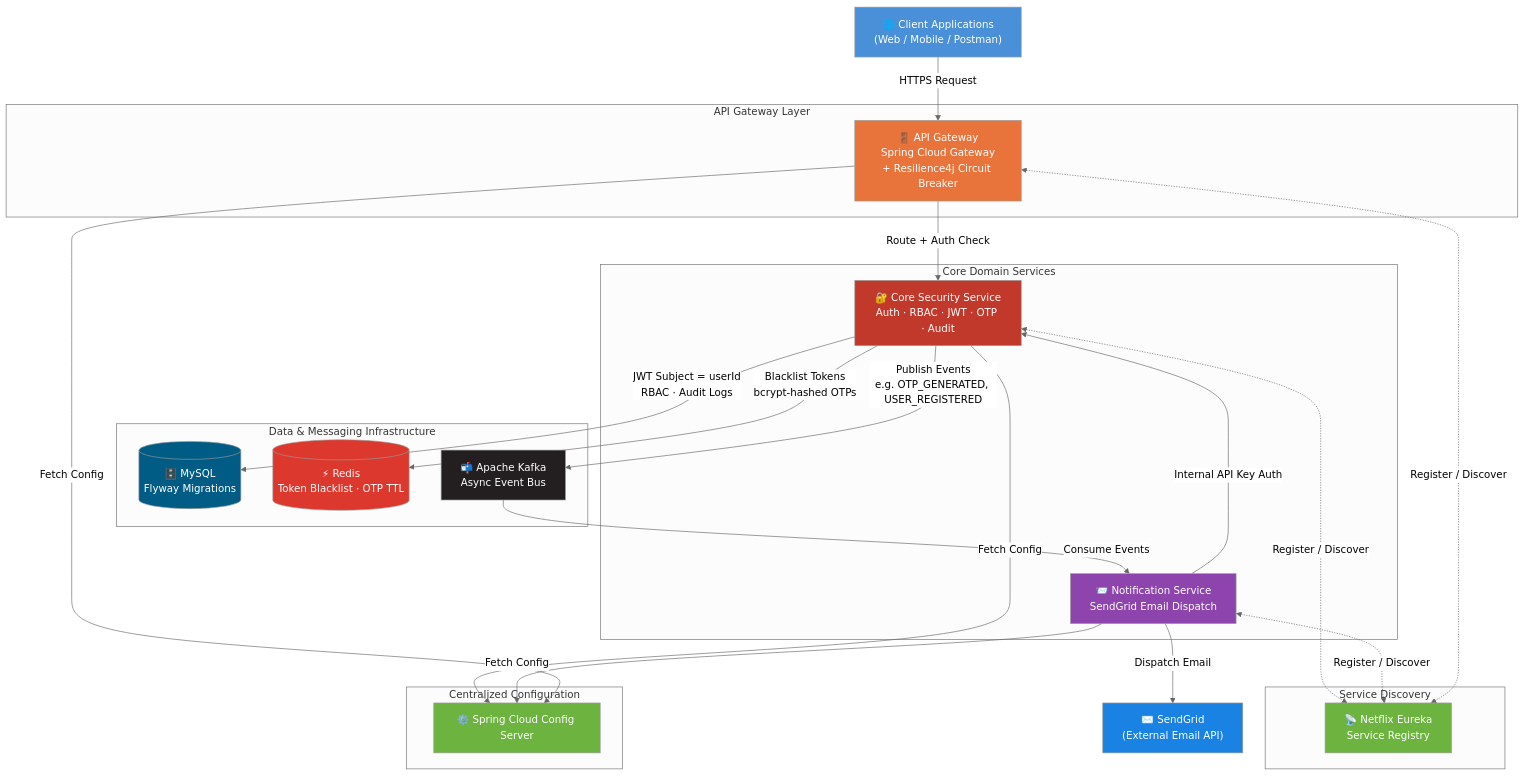
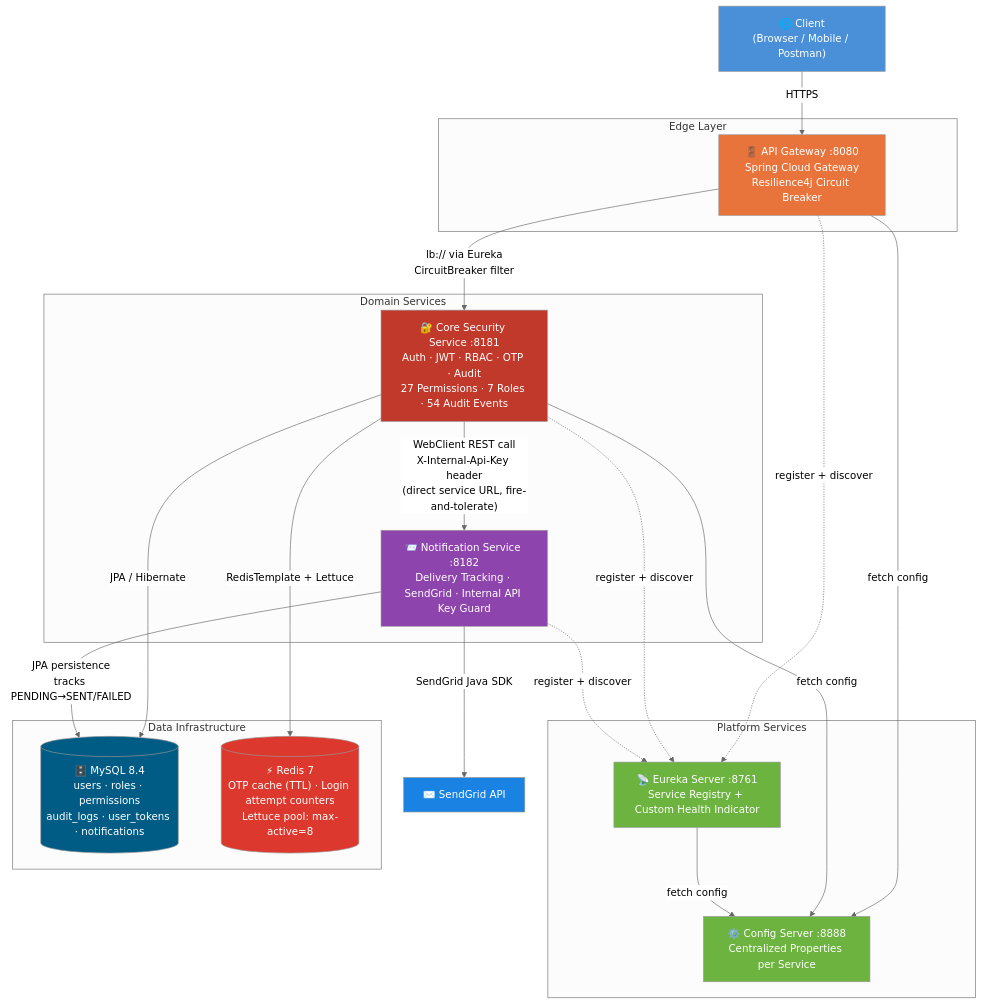
Before and after one commit to amarenderreddyvoladri/production-prototype-security-template: the first of 8 diagrams in README.md, drawn with Mermaid (neutral theme). The commit also changed other lines of this file, not shown here.

````diff
--- a/README.md
+++ b/README.md
@@ -47,58 +49,52 @@
 ```mermaid
 graph TB
-    Client["🌐 Client Applications<br/>(Web / Mobile / Postman)"]
+    Client["🌐 Client<br/>(Browser / Mobile / Postman)"]
 
-    subgraph Gateway["API Gateway Layer"]
-        GW["🚪 API Gateway<br/>Spring Cloud Gateway<br/>+ Resilience4j Circuit Breaker"]
+    subgraph Edge["Edge Layer"]
+        GW["🚪 API Gateway :8080<br/>Spring Cloud Gateway<br/>Resilience4j Circuit Breaker"]
     end
 
-    subgraph Discovery["Service Discovery"]
-        EUREKA["📡 Netflix Eureka<br/>Service Registry"]
+    subgraph Platform["Platform Services"]
+        EUREKA["📡 Eureka Server :8761<br/>Service Registry + Custom Health Indicator"]
+        CONFIG["⚙️ Config Server :8888<br/>Centralized Properties per Service"]
     end
 
-    subgraph ConfigLayer["Centralized Configuration"]
-        CONFIG["⚙️ Spring Cloud Config Server"]
+    subgraph Core["Domain Services"]
+        AUTH["🔐 Core Security Service :8181<br/>Auth · JWT · RBAC · OTP · Audit<br/>27 Permissions · 7 Roles · 54 Audit Events"]
+        NOTIF["📨 Notification Service :8182<br/>Delivery Tracking · SendGrid · Internal API Key Guard"]
     end
 
-    subgraph CoreServices["Core Domain Services"]
-        AUTH["🔐 Core Security Service<br/>Auth · RBAC · JWT · OTP · Audit"]
-        NOTIF["📨 Notification Service<br/>SendGrid Email Dispatch"]
+    subgraph Data["Data Infrastructure"]
+        MYSQL[("🗄️ MySQL 8.4<br/>users · roles · permissions<br/>audit_logs · user_tokens · notifications")]
+        REDIS[("⚡ Redis 7<br/>OTP cache (TTL) · Login attempt counters<br/>Lettuce pool: max-active=8")]
     end
 
-    subgraph DataLayer["Data & Messaging Infrastructure"]
-        MYSQL[("🗄️ MySQL<br/>Flyway Migrations")]
-        REDIS[("⚡ Redis<br/>Token Blacklist · OTP TTL")]
-        KAFKA["📬 Apache Kafka<br/>Async Event Bus"]
-    end
+    SENDGRID["✉️ SendGrid API"]
 
-    EXTERNAL["✉️ SendGrid<br/>(External Email API)"]
+    Client -->|HTTPS| GW
+    GW -->|"lb:// via Eureka<br/>CircuitBreaker filter"| AUTH
+    GW -.->|register + discover| EUREKA
+    AUTH -.->|register + discover| EUREKA
+    NOTIF -.->|register + discover| EUREKA
 
-    Client -->|HTTPS Request| GW
-    GW -->|Route + Auth Check| AUTH
-    AUTH <-.->|Register / Discover| EUREKA
-    NOTIF <-.->|Register / Discover| EUREKA
-    GW <-.->|Register / Discover| EUREKA
+    GW -->|fetch config| CONFIG
+    AUTH -->|fetch config| CONFIG
+    EUREKA -->|fetch config| CONFIG
 
-    AUTH -->|Fetch Config| CONFIG
-    NOTIF -->|Fetch Config| CONFIG
-    GW -->|Fetch Config| CONFIG
+    AUTH -->|JPA / Hibernate| MYSQL
+    AUTH -->|RedisTemplate + Lettuce| REDIS
+    AUTH -->|"WebClient REST call<br/>X-Internal-Api-Key header<br/>(direct service URL, fire-and-tolerate)"| NOTIF
 
-    AUTH -->|JWT Subject = userId<br/>RBAC · Audit Logs| MYSQL
-    AUTH -->|Blacklist Tokens<br/>bcrypt-hashed OTPs| REDIS
-    AUTH -->|Publish Events<br/>e.g. OTP_GENERATED, USER_REGISTERED| KAFKA
-
-    KAFKA -->|Consume Events| NOTIF
-    NOTIF -->|Internal API Key Auth| AUTH
-    NOTIF -->|Dispatch Email| EXTERNAL
+    NOTIF -->|JPA persistence<br/>tracks PENDING→SENT/FAILED| MYSQL
+    NOTIF -->|"SendGrid Java SDK"| SENDGRID
 
     style Client fill:#4A90D9,color:#fff
     style GW fill:#E8743B,color:#fff
     style EUREKA fill:#6DB33F,color:#fff
     style CONFIG fill:#6DB33F,color:#fff
     style AUTH fill:#C0392B,color:#fff
     style NOTIF fill:#8E44AD,color:#fff
     style MYSQL fill:#005C84,color:#fff
     style REDIS fill:#DC382D,color:#fff
-    style KAFKA fill:#231F20,color:#fff
-    style EXTERNAL fill:#1A82E2,color:#fff
+    style SENDGRID fill:#1A82E2,color:#fff
 ```
````
